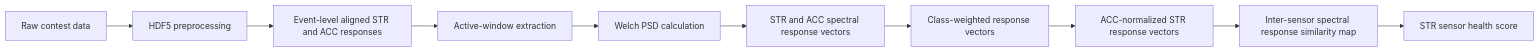
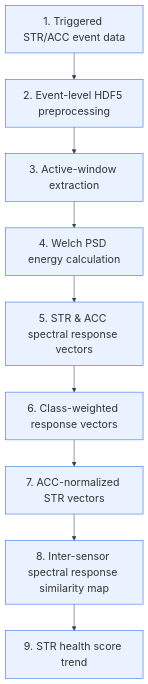
One commit to Kimyongmin1018/EWSHM-2026-Students-and-young-professionals-Challenge changed the diagram in README.md. Above: the diagram before and after it, drawn with Mermaid. The commit also changed other lines of this file and 14 other files, not shown here.

````diff
--- a/README.md
+++ b/README.md
@@ -50,12 +41,12 @@
 ```mermaid
-flowchart LR
-    A[Raw contest data] --> B[HDF5 preprocessing]
-    B --> C[Event-level aligned STR and ACC responses]
-    C --> D[Active-window extraction]
-    D --> E[Welch PSD calculation]
-    E --> F[STR and ACC spectral response vectors]
-    F --> G[Class-weighted response vectors]
-    G --> H[ACC-normalized STR response vectors]
-    H --> I[Inter-sensor spectral response similarity map]
-    I --> J[STR sensor health score]
+%%{init: {"theme": "base", "themeVariables": {"fontSize": "20px", "fontFamily": "Arial", "primaryColor": "#EAF2FF", "primaryBorderColor": "#2563EB", "lineColor": "#334155", "tertiaryColor": "#F8FAFC"}}}%%
+flowchart TB
+    A["1. Triggered STR/ACC event data"] --> B["2. Event-level HDF5 preprocessing"]
+    B --> C["3. Active-window extraction"]
+    C --> D["4. Welch PSD energy calculation"]
+    D --> E["5. STR & ACC spectral response vectors"]
+    E --> F["6. Class-weighted response vectors"]
+    F --> G["7. ACC-normalized STR vectors"]
+    G --> H["8. Inter-sensor spectral response similarity map"]
+    H --> I["9. STR health score trend"]
 ```
````
